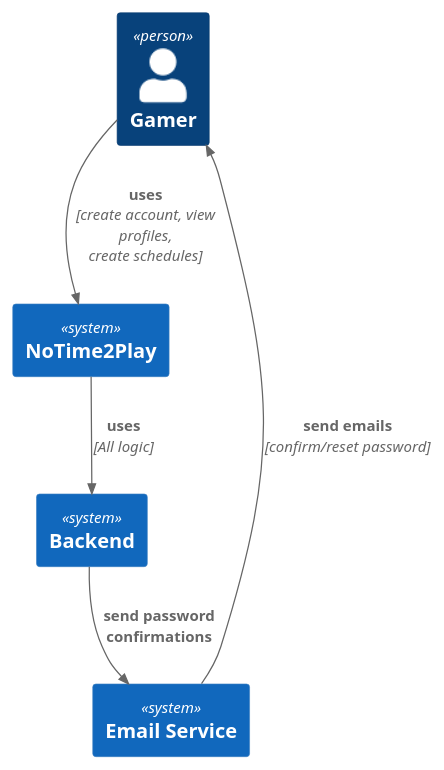
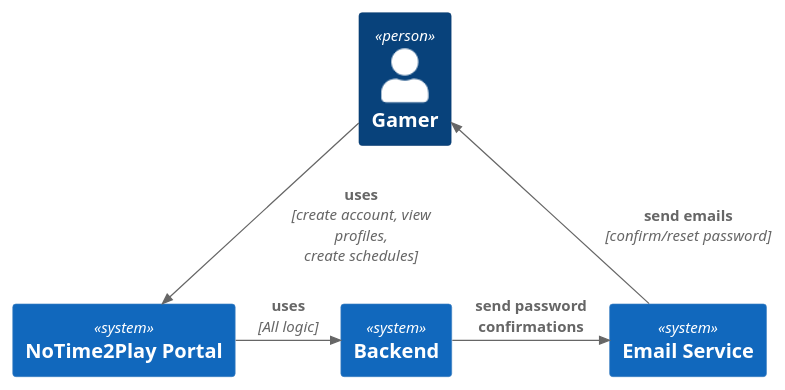
One commit to bartgora/NoTime2Play changed the diagram in docs/1_System_Context.puml. Above: the diagram before and after it, drawn with PlantUML. The commit also changed 1 other file, not shown here.

```diff
--- a/docs/1_System_Context.puml
+++ b/docs/1_System_Context.puml
@@ -1,14 +1,15 @@
 @startuml
 !include <C4/C4_Context>
 Person(gamer, "Gamer")
-System(main, "NoTime2Play")
+System(main, "NoTime2Play Portal")
 System(backend, "Backend")
 System(email, "Email Service")
 
 Rel(gamer, main, "uses", "create account, view profiles, create schedules")
-Rel(email, gamer, "send emails", "confirm/reset password")
-Rel(backend, email, "send password confirmations")
-Rel(main, backend, "uses", "All logic")
+Rel_Back(gamer, email, "send emails", "confirm/reset password")
+Rel_Neighbor(main, backend, "uses", "All logic")
+Rel_Neighbor(backend, email, "send password confirmations")
+
 
 
 @enduml
```
